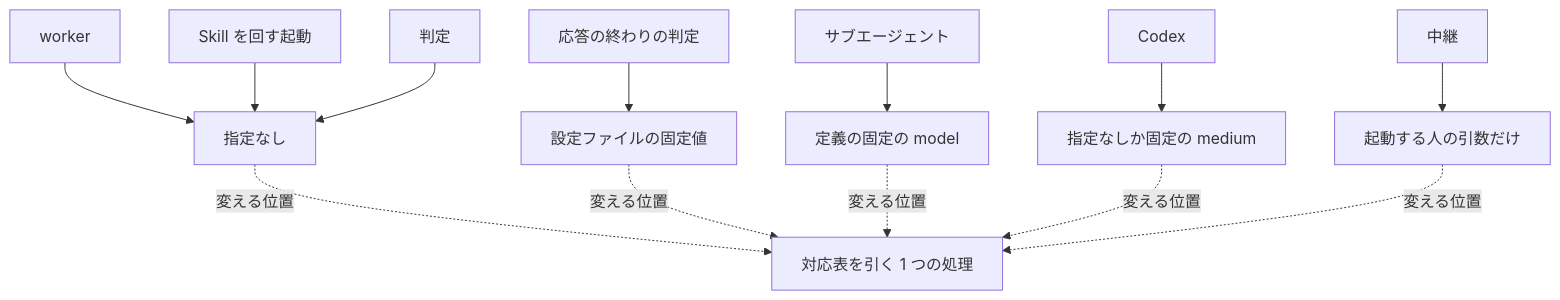
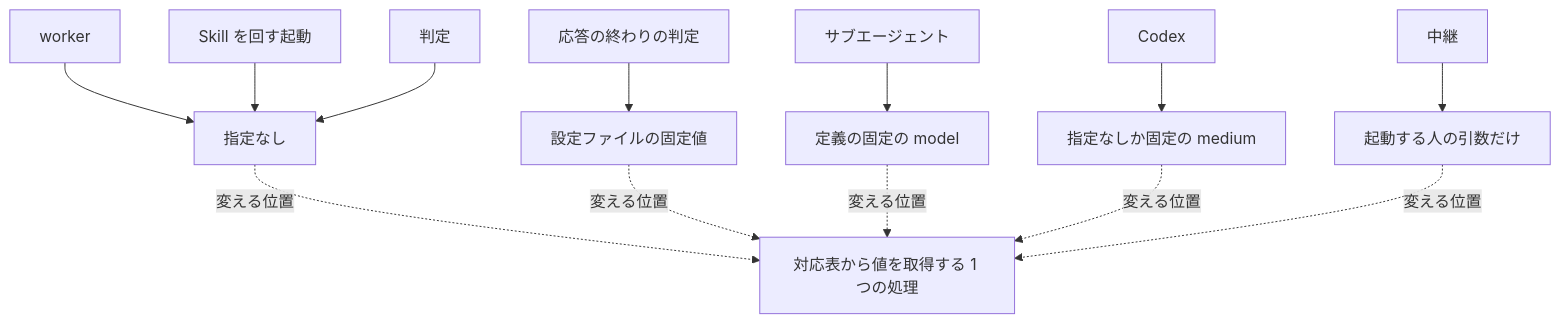
One commit to devbasex/ai-plugins changed the first of 4 diagrams in issues/issue-2944-design.md. Above: the diagram before and after it, drawn with Mermaid. The commit also changed other lines of this file and 1 other file, not shown here.

````diff
--- a/issues/issue-2944-design.md
+++ b/issues/issue-2944-design.md
@@ -9,11 +9,11 @@
 ```mermaid
 graph TD
     W[worker] --> N[指定なし]
     S[Skill を回す起動] --> N
     J[判定] --> N
     H[応答の終わりの判定] --> F[設定ファイルの固定値]
     A[サブエージェント] --> D[定義の固定の model]
     X[Codex] --> E[指定なしか固定の medium]
     R[中継] --> U[起動する人の引数だけ]
-    N & F & D & E & U -. 変える位置 .-> T[対応表を引く 1 つの処理]
+    N & F & D & E & U -. 変える位置 .-> T[対応表から値を取得する 1 つの処理]
 ```
````
